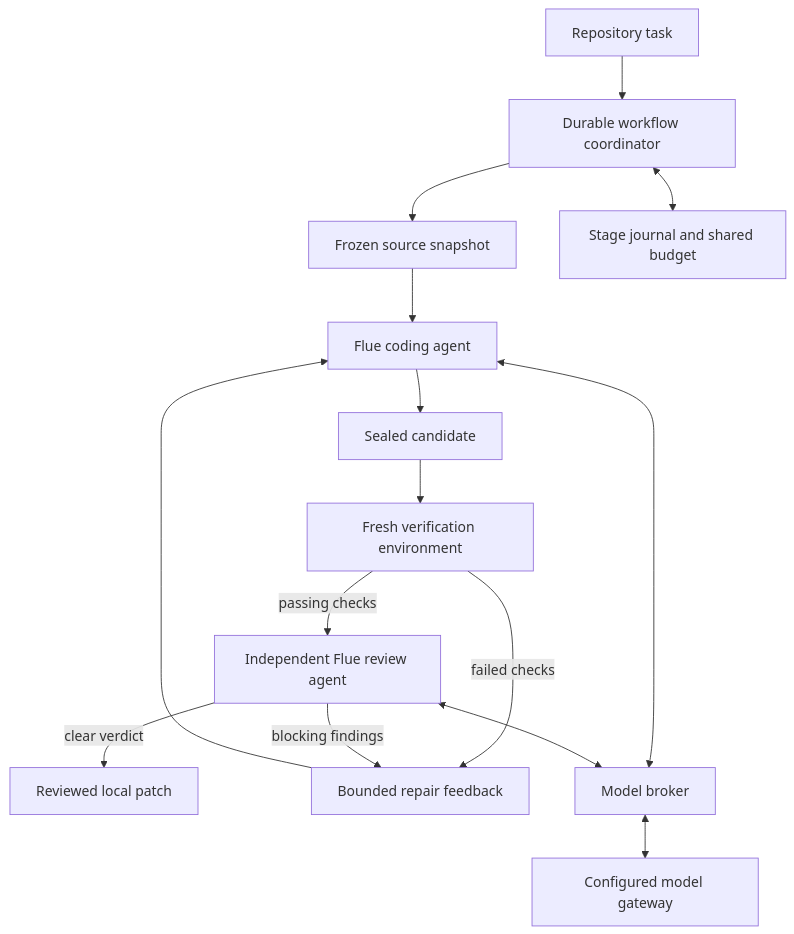
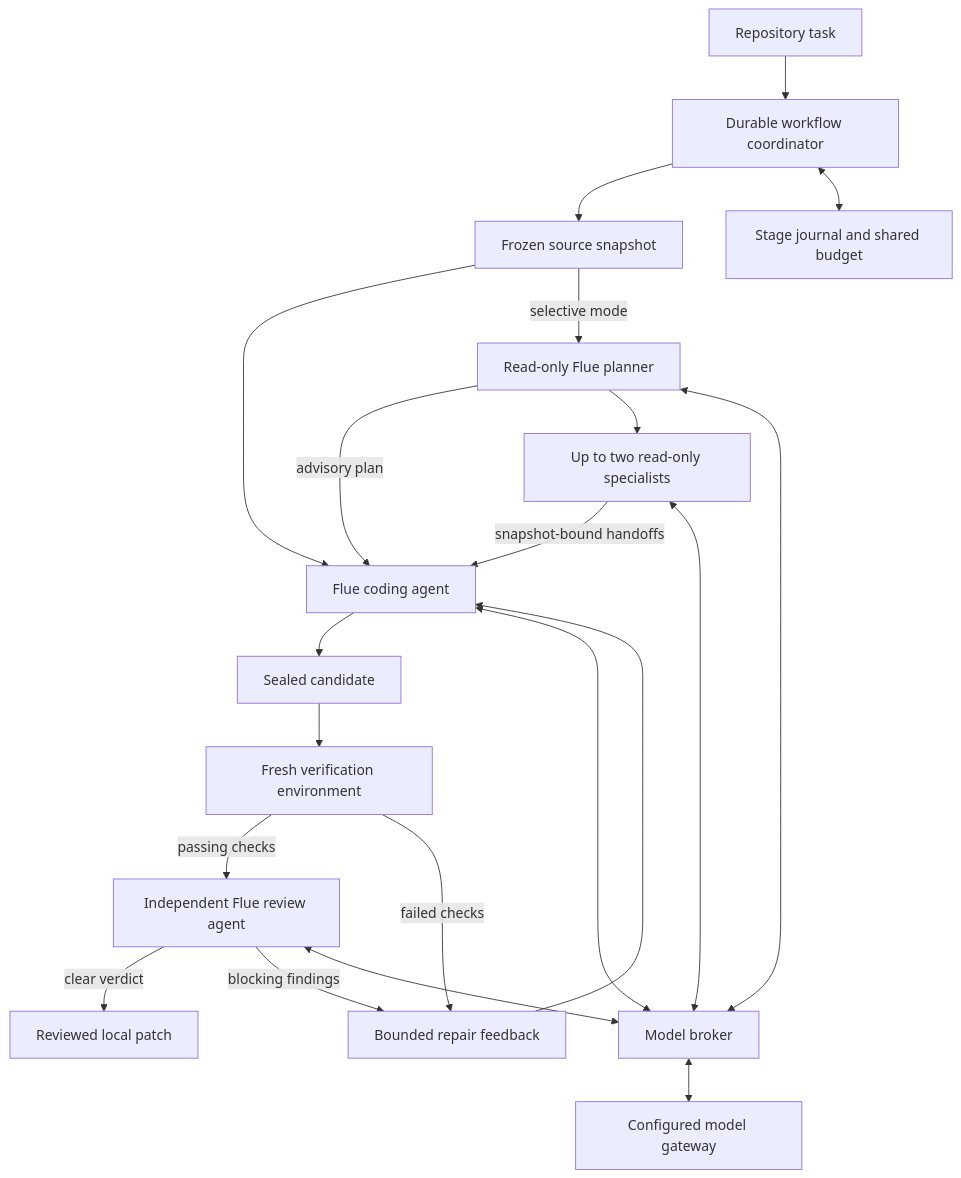
One commit to wuchris-ch/multi-agent-software-development-platform changed the diagram in ARCHITECTURE.md. Above: the diagram before and after it, drawn with Mermaid. The commit also changed other lines of this file, not shown here.

Commit message:
docs: show selective analysis in the workflow architecture

````diff
--- a/ARCHITECTURE.md
+++ b/ARCHITECTURE.md
@@ -5,17 +5,23 @@
 ```mermaid
 flowchart TD
     T[Repository task] --> W[Durable workflow coordinator]
     W --> S[Frozen source snapshot]
     S --> C[Flue coding agent]
+    S -->|selective mode| A[Read-only Flue planner]
+    A -->|advisory plan| C
+    A --> H[Up to two read-only specialists]
+    H -->|snapshot-bound handoffs| C
     C --> P[Sealed candidate]
     P --> V[Fresh verification environment]
     V -->|passing checks| R[Independent Flue review agent]
     R -->|clear verdict| D[Reviewed local patch]
     V -->|failed checks| F[Bounded repair feedback]
     R -->|blocking findings| F
     F --> C
     W <--> J[Stage journal and shared budget]
     C <--> B[Model broker]
     R <--> B
+    A <--> B
+    H <--> B
     B <--> G[Configured model gateway]
 ```
````
